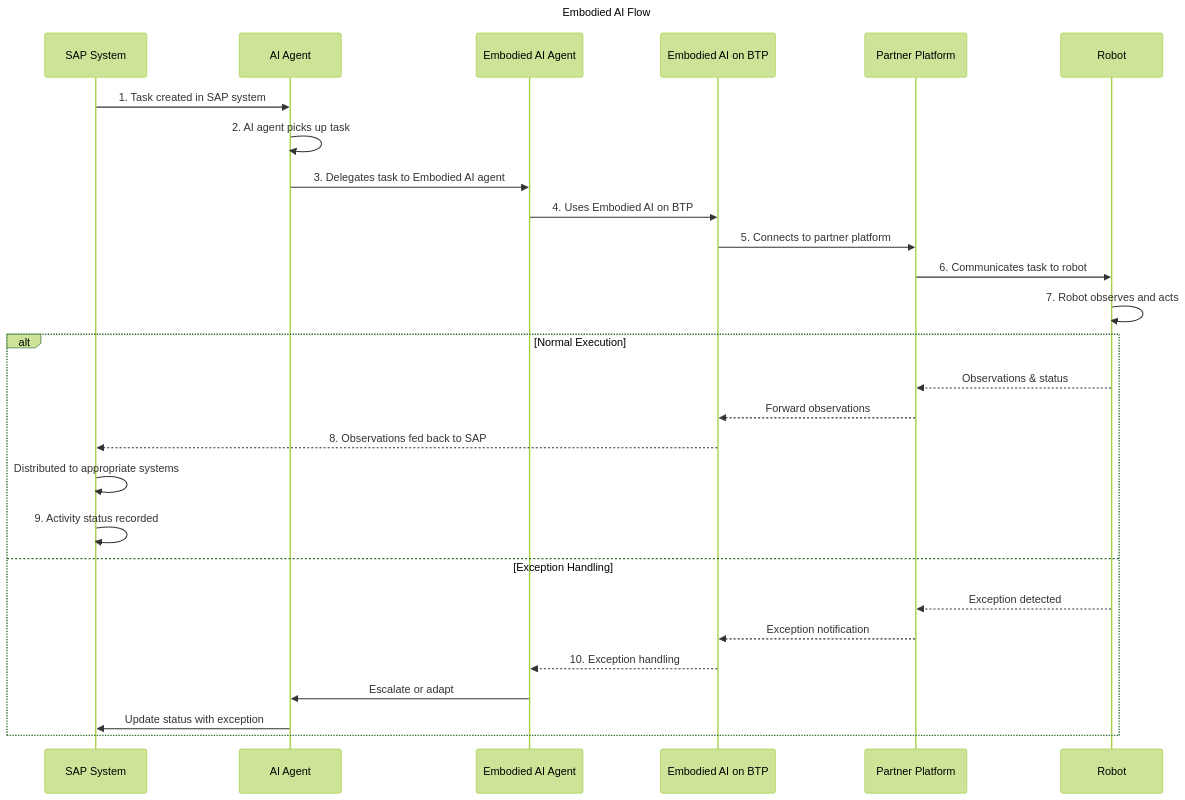
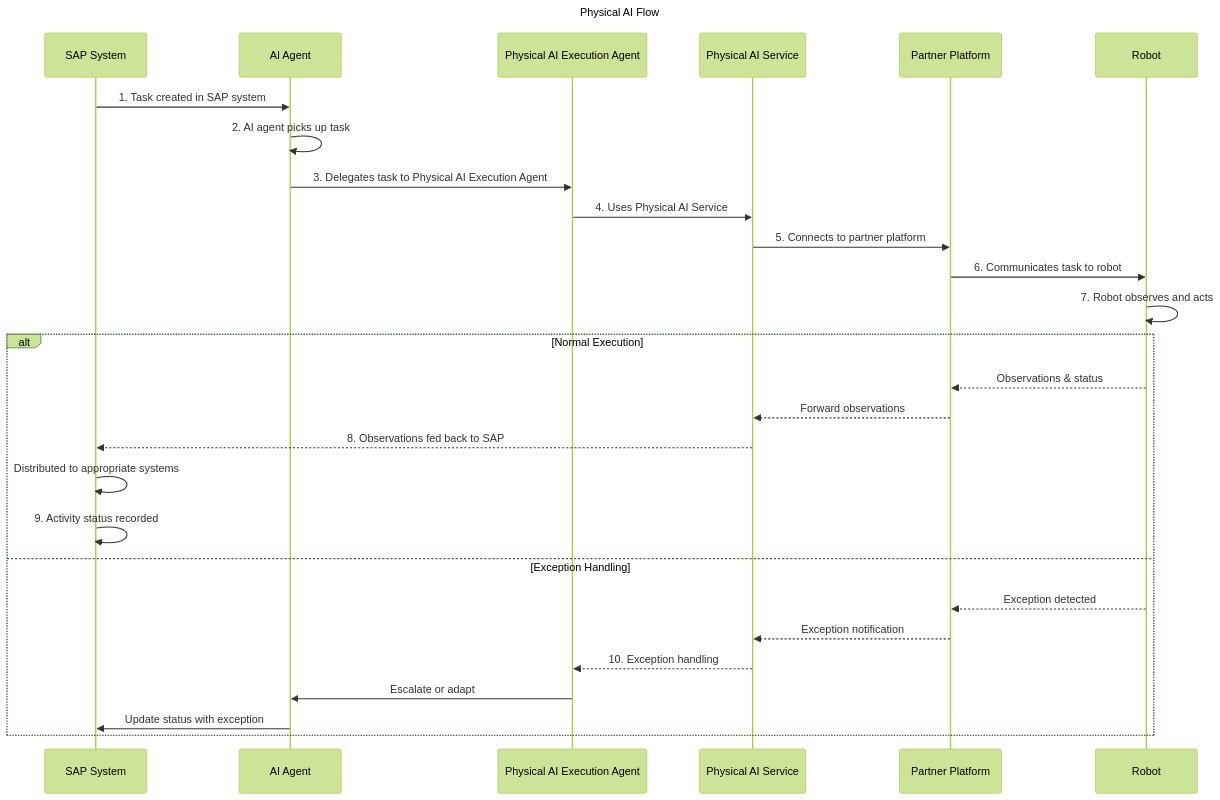
One commit to SAP/architecture-center changed the diagram in docs/ref-arch/RA0026/1-extensibility/readme.md. Above: the diagram before and after it, drawn with Mermaid (forest theme). The commit also changed other lines of this file and 8 other files, not shown here.

````diff
--- a/docs/ref-arch/RA0026/1-extensibility/readme.md
+++ b/docs/ref-arch/RA0026/1-extensibility/readme.md
@@ -136,35 +136,35 @@
 ```mermaid
 ---
-title: Embodied AI Flow
+title: Physical AI Flow
 ---
 sequenceDiagram
     participant SAP as SAP System
     participant Agent as AI Agent
-    participant EmbodiedAgent as Embodied AI Agent
-    participant BTP as Embodied AI on BTP
+    participant EmbodiedAgent as Physical AI Execution Agent
+    participant BTP as Physical AI Service
     participant Platform as Partner Platform
     participant Robot as Robot
 
     SAP->>Agent: 1. Task created in SAP system
     Agent->>Agent: 2. AI agent picks up task
-    Agent->>EmbodiedAgent: 3. Delegates task to Embodied AI agent
-    EmbodiedAgent->>BTP: 4. Uses Embodied AI on BTP
+    Agent->>EmbodiedAgent: 3. Delegates task to Physical AI Execution Agent
+    EmbodiedAgent->>BTP: 4. Uses Physical AI Service
     BTP->>Platform: 5. Connects to partner platform
     Platform->>Robot: 6. Communicates task to robot
     
     Robot->>Robot: 7. Robot observes and acts
     
     alt Normal Execution
         Robot-->>Platform: Observations & status
         Platform-->>BTP: Forward observations
         BTP-->>SAP: 8. Observations fed back to SAP
         SAP->>SAP: Distributed to appropriate systems
         SAP->>SAP: 9. Activity status recorded
     else Exception Handling
         Robot-->>Platform: Exception detected
         Platform-->>BTP: Exception notification
         BTP-->>EmbodiedAgent: 10. Exception handling
         EmbodiedAgent->>Agent: Escalate or adapt
         Agent->>SAP: Update status with exception
     end
 ```
````
